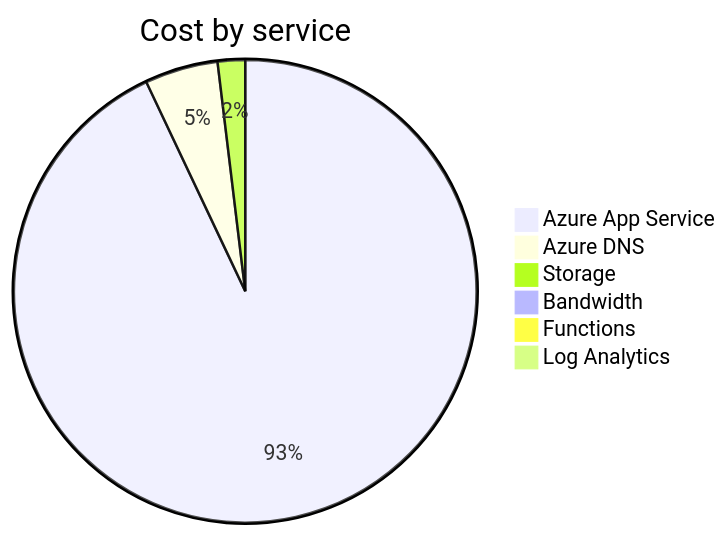
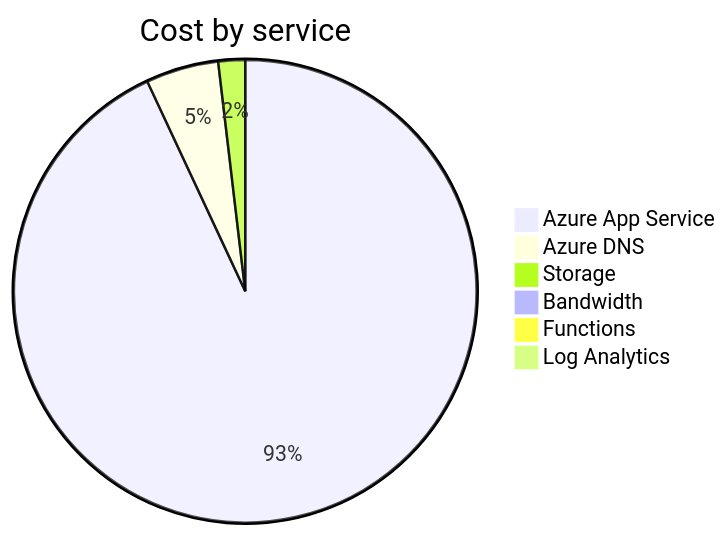
One commit to jpfulton/azure-personal-reports changed the second of 4 diagrams in cost-reports/accumulated-cost.md. Above: the diagram before and after it, drawn with Mermaid. The commit also changed other lines of this file and 4 other files, not shown here.

````diff
--- a/cost-reports/accumulated-cost.md
+++ b/cost-reports/accumulated-cost.md
@@ -100,10 +100,10 @@
 ```mermaid
 pie
    title Cost by service
-   "Azure App Service" : 2.91
-   "Azure DNS" : 0.16
-   "Storage" : 0.06
+   "Azure App Service" : 3.48
+   "Azure DNS" : 0.19
+   "Storage" : 0.07
    "Bandwidth" : 0.00
    "Functions" : 0.00
    "Log Analytics" : 0.00
 ```
````
